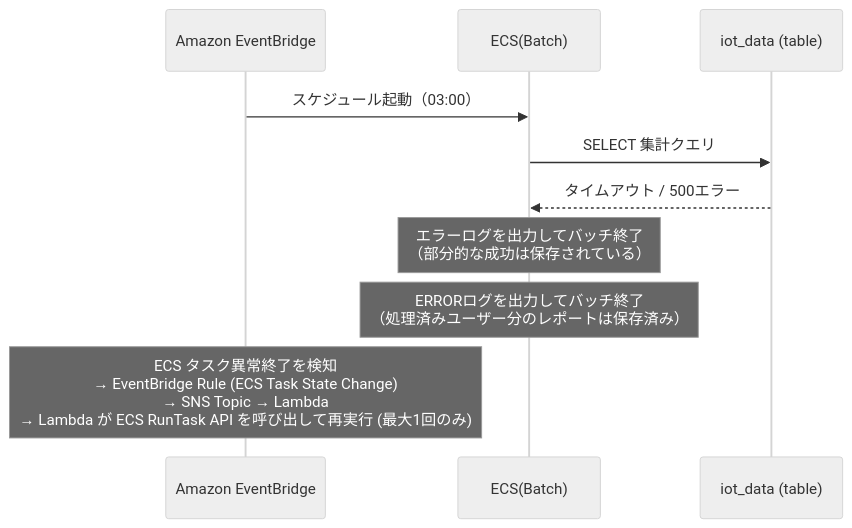
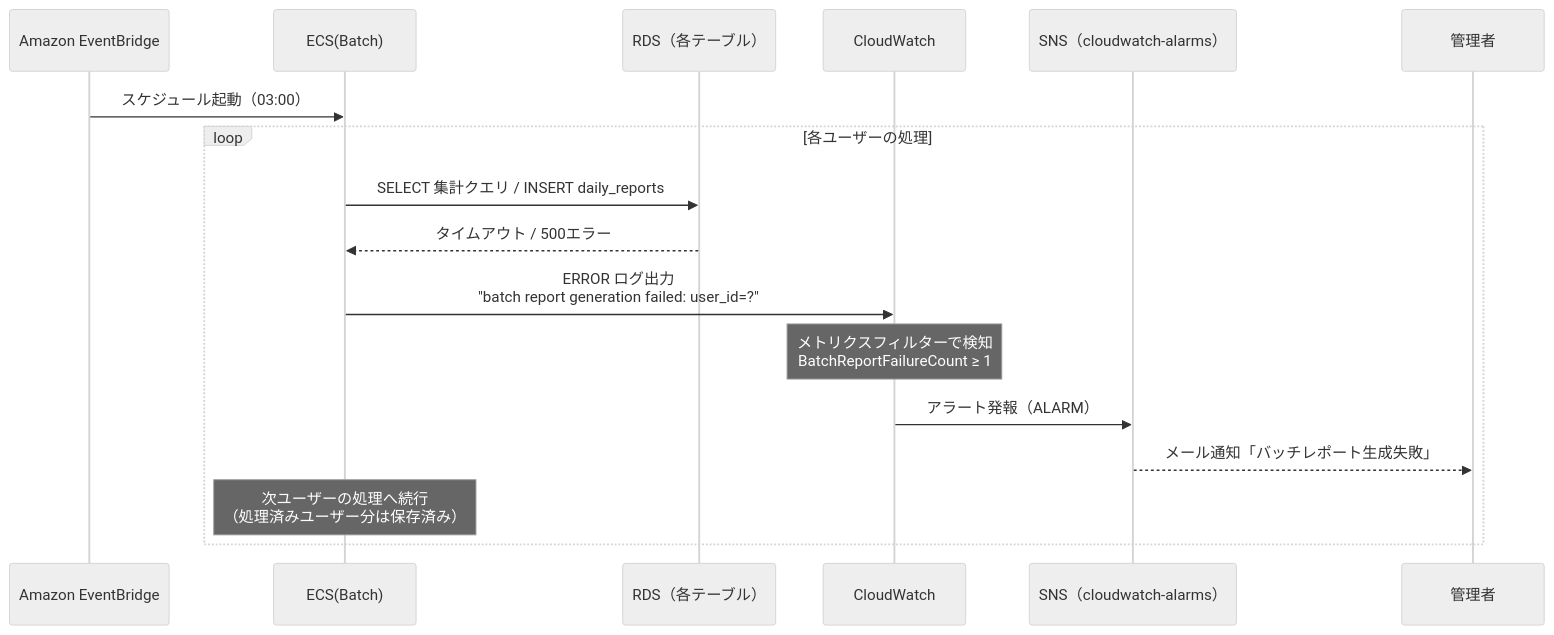
One commit to riaton/home-smart-factory changed the fourth of 5 diagrams in docs/basic_design/sequence/日次レポート生成.md. Above: the diagram before and after it, drawn with Mermaid (neutral theme). The commit also changed other lines of this file and 6 other files, not shown here.

````diff
--- a/docs/basic_design/sequence/日次レポート生成.md
+++ b/docs/basic_design/sequence/日次レポート生成.md
@@ -102,17 +102,23 @@
 ```mermaid
 sequenceDiagram
     participant EB as Amazon EventBridge
     participant Batch as ECS(Batch)
-    participant IoT as iot_data (table)
+    participant RDS as RDS（各テーブル）
+    participant CW as CloudWatch
+    participant SNSAdmin as SNS（cloudwatch-alarms）
+    participant Admin as 管理者
 
     EB->>Batch: スケジュール起動（03:00）
 
-    Batch->>IoT: SELECT 集計クエリ
-    IoT-->>Batch: タイムアウト / 500エラー
+    loop 各ユーザーの処理
+        Batch->>RDS: SELECT 集計クエリ / INSERT daily_reports
+        RDS-->>Batch: タイムアウト / 500エラー
 
-    Note over Batch: エラーログを出力してバッチ終了<br/>（部分的な成功は保存されている）
+        Batch->>CW: ERROR ログ出力<br/>"batch report generation failed: user_id=?"
+        Note over CW: メトリクスフィルターで検知<br/>BatchReportFailureCount ≥ 1
+        CW->>SNSAdmin: アラート発報（ALARM）
+        SNSAdmin-->>Admin: メール通知「バッチレポート生成失敗」
 
-    Note over Batch: ERRORログを出力してバッチ終了<br/>（処理済みユーザー分のレポートは保存済み）
-
-    Note over EB: ECS タスク異常終了を検知<br/>→ EventBridge Rule (ECS Task State Change)<br/>→ SNS Topic → Lambda<br/>→ Lambda が ECS RunTask API を呼び出して再実行 (最大1回のみ)
+        Note over Batch: 次ユーザーの処理へ続行<br/>（処理済みユーザー分は保存済み）
+    end
 ```
````
